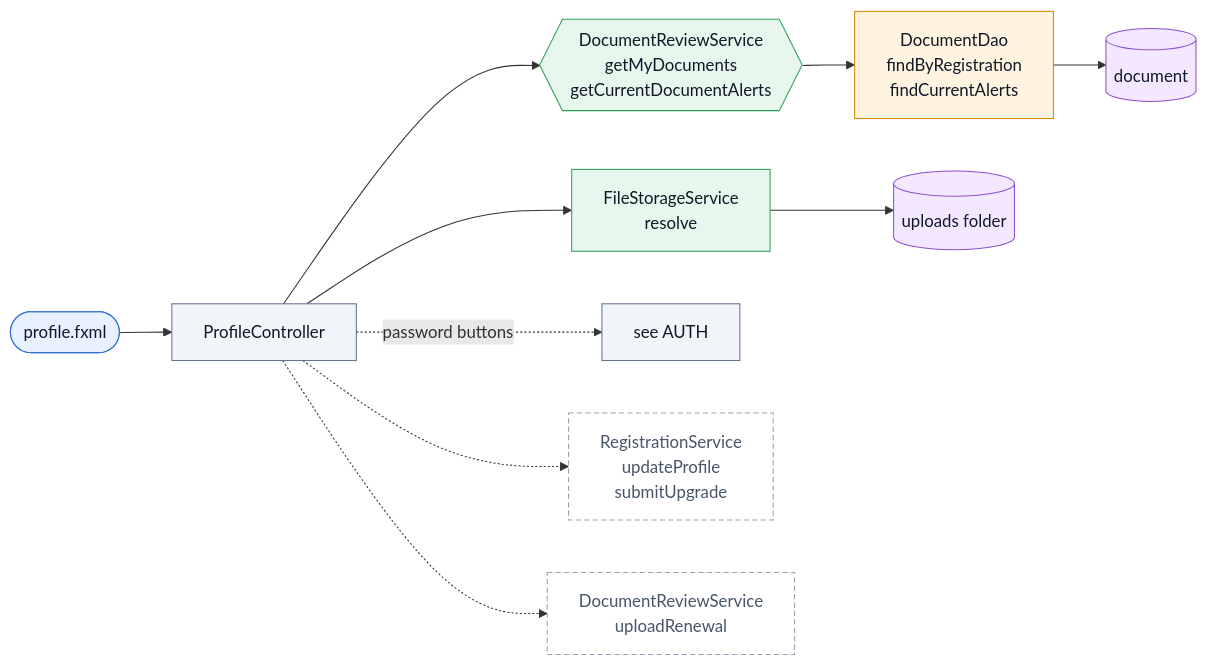
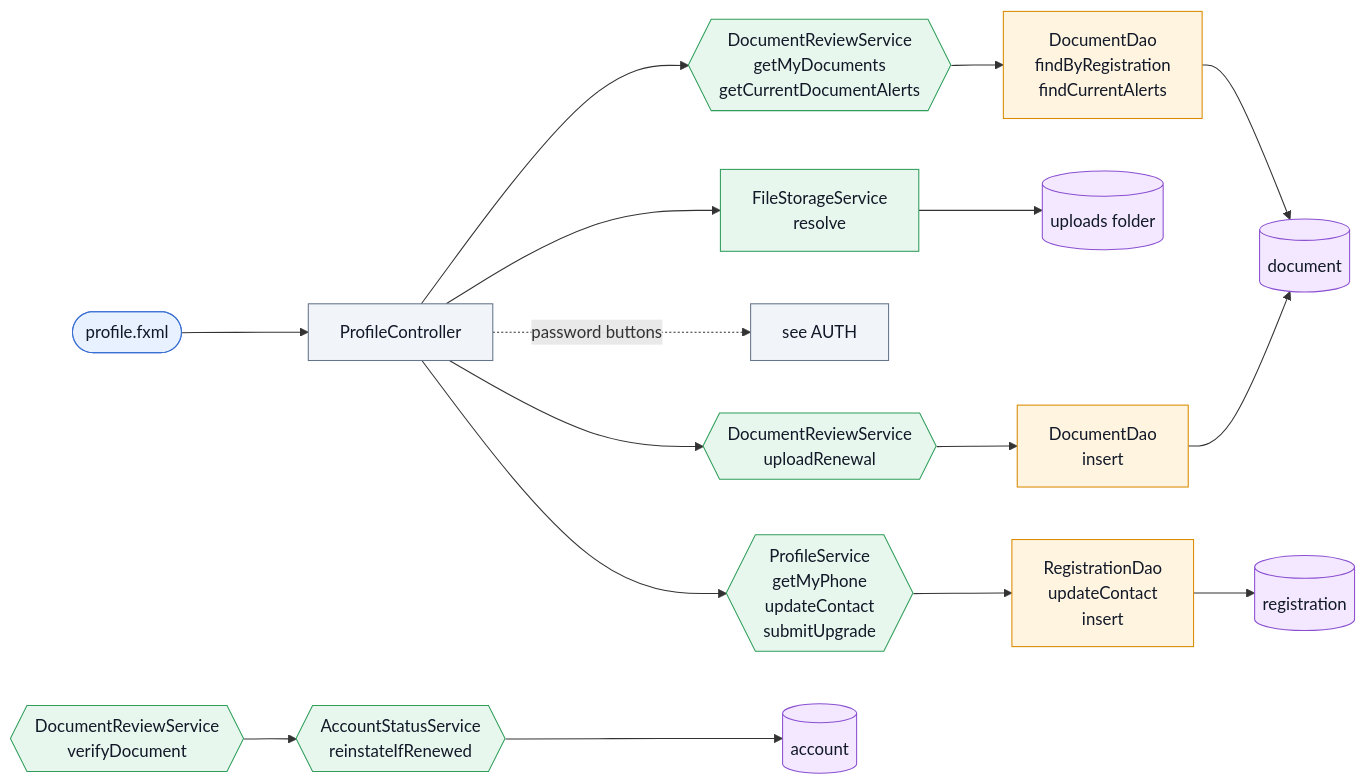
The sixth of 18 diagrams in docs/MAP.md (Az-Zav/ANIPLATO), drawn with Mermaid before and after one commit. The commit also changed other lines of this file and 24 other files, not shown here.

First line of the commit message:
Add contact edit, renewals and the Casual-to-Business upgrade (round 4, slice D)

````diff
--- a/docs/MAP.md
+++ b/docs/MAP.md
@@ -588,15 +603,15 @@
 ```mermaid
 flowchart LR
   classDef screen fill:#e8f1ff,stroke:#3b6fd4,color:#111827
   classDef ctrl fill:#f1f5f9,stroke:#64748b,color:#111827
   classDef svc fill:#e8f7ee,stroke:#2f9e5a,color:#111827
   classDef dao fill:#fff4e0,stroke:#d98a00,color:#111827
   classDef tbl fill:#f3e8ff,stroke:#8a4fd1,color:#111827
-  classDef planned fill:#ffffff,stroke:#94a3b8,stroke-dasharray:5 3,color:#475569
   P([profile.fxml]):::screen --> PC[ProfileController]:::ctrl
   PC --> MD{{DocumentReviewService<br/>getMyDocuments<br/>getCurrentDocumentAlerts}}:::svc --> DF[DocumentDao<br/>findByRegistration<br/>findCurrentAlerts]:::dao --> TD[(document)]:::tbl
   PC --> FS[FileStorageService<br/>resolve]:::svc --> UP[(uploads folder)]:::tbl
   PC -. password buttons .-> AU[see AUTH]:::ctrl
-  PC -.-> ED[RegistrationService<br/>updateProfile<br/>submitUpgrade]:::planned
-  PC -.-> RN[DocumentReviewService<br/>uploadRenewal]:::planned
+  PC --> ED{{ProfileService<br/>getMyPhone<br/>updateContact<br/>submitUpgrade}}:::svc --> RG[RegistrationDao<br/>updateContact<br/>insert]:::dao --> TR[(registration)]:::tbl
+  PC --> RN{{DocumentReviewService<br/>uploadRenewal}}:::svc --> DI[DocumentDao<br/>insert]:::dao --> TD
+  VR{{DocumentReviewService<br/>verifyDocument}}:::svc --> RI{{AccountStatusService<br/>reinstateIfRenewed}}:::svc --> TA[(account)]:::tbl
 ```
````
